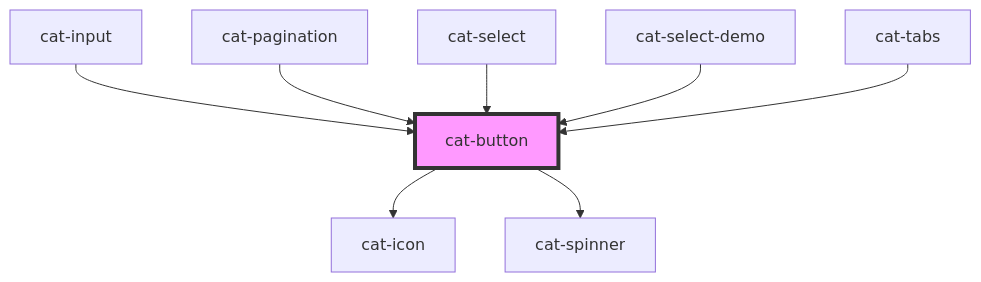
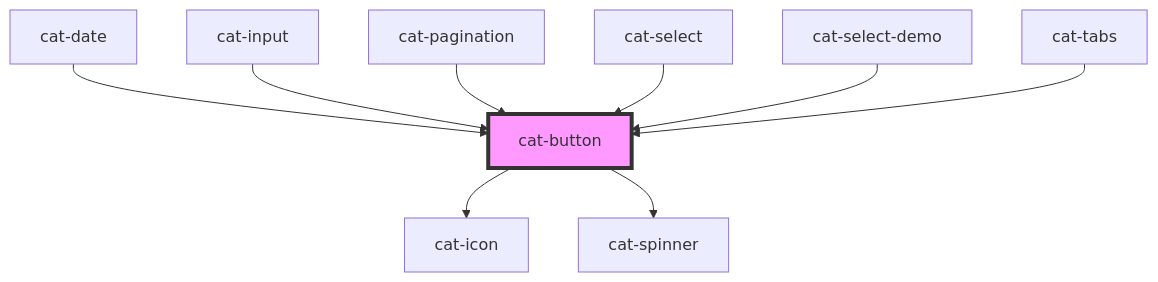
Before and after one commit to haiilo/catalyst: the diagram in core/src/components/cat-button/readme.md, drawn with Mermaid. The commit also changed other lines of this file and 42 other files, not shown here.

````diff
--- a/core/src/components/cat-button/readme.md
+++ b/core/src/components/cat-button/readme.md
@@ -115,11 +116,12 @@
 ```mermaid
 graph TD;
   cat-button --> cat-icon
   cat-button --> cat-spinner
+  cat-date --> cat-button
   cat-input --> cat-button
   cat-pagination --> cat-button
   cat-select --> cat-button
   cat-select-demo --> cat-button
   cat-tabs --> cat-button
   style cat-button fill:#f9f,stroke:#333,stroke-width:4px
 ```
````
